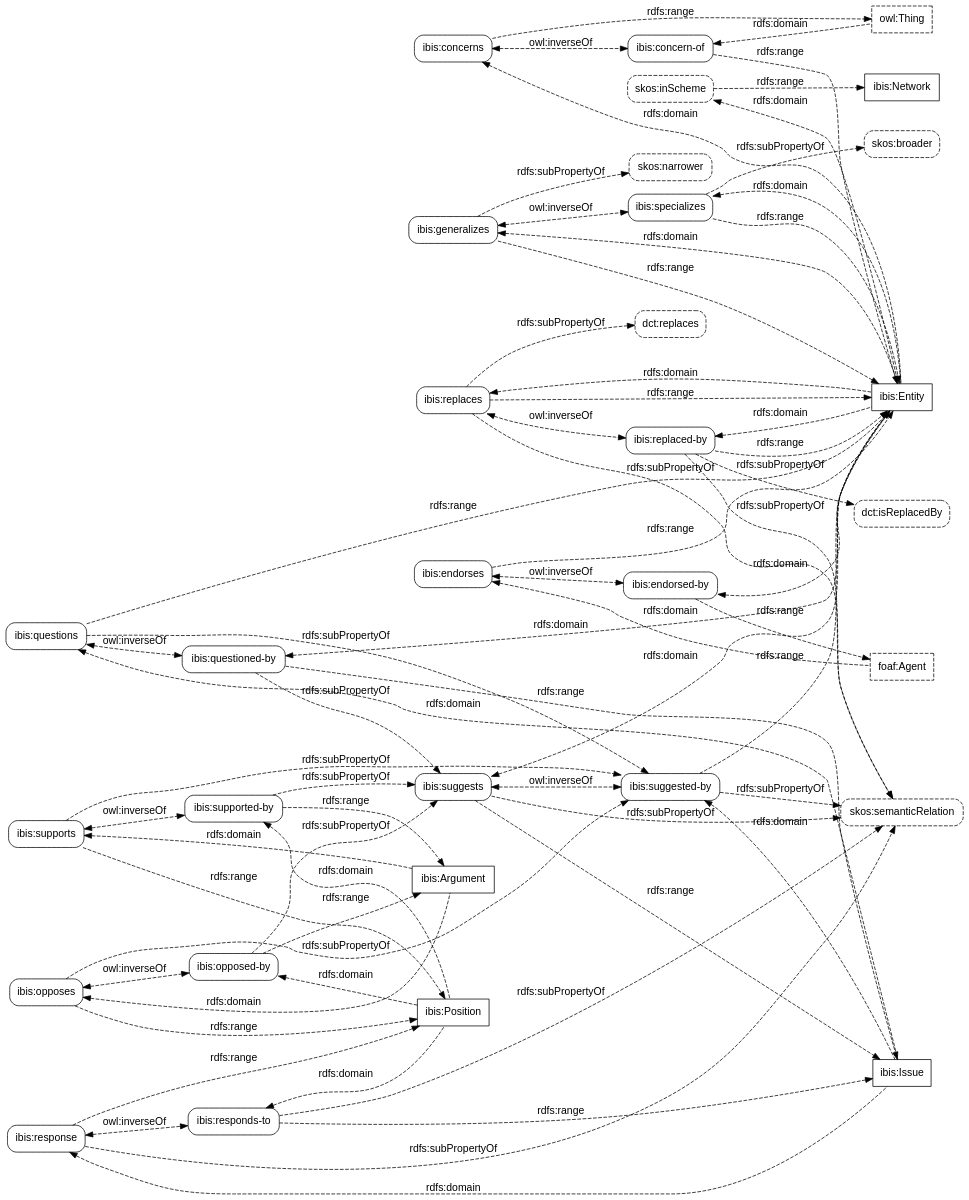
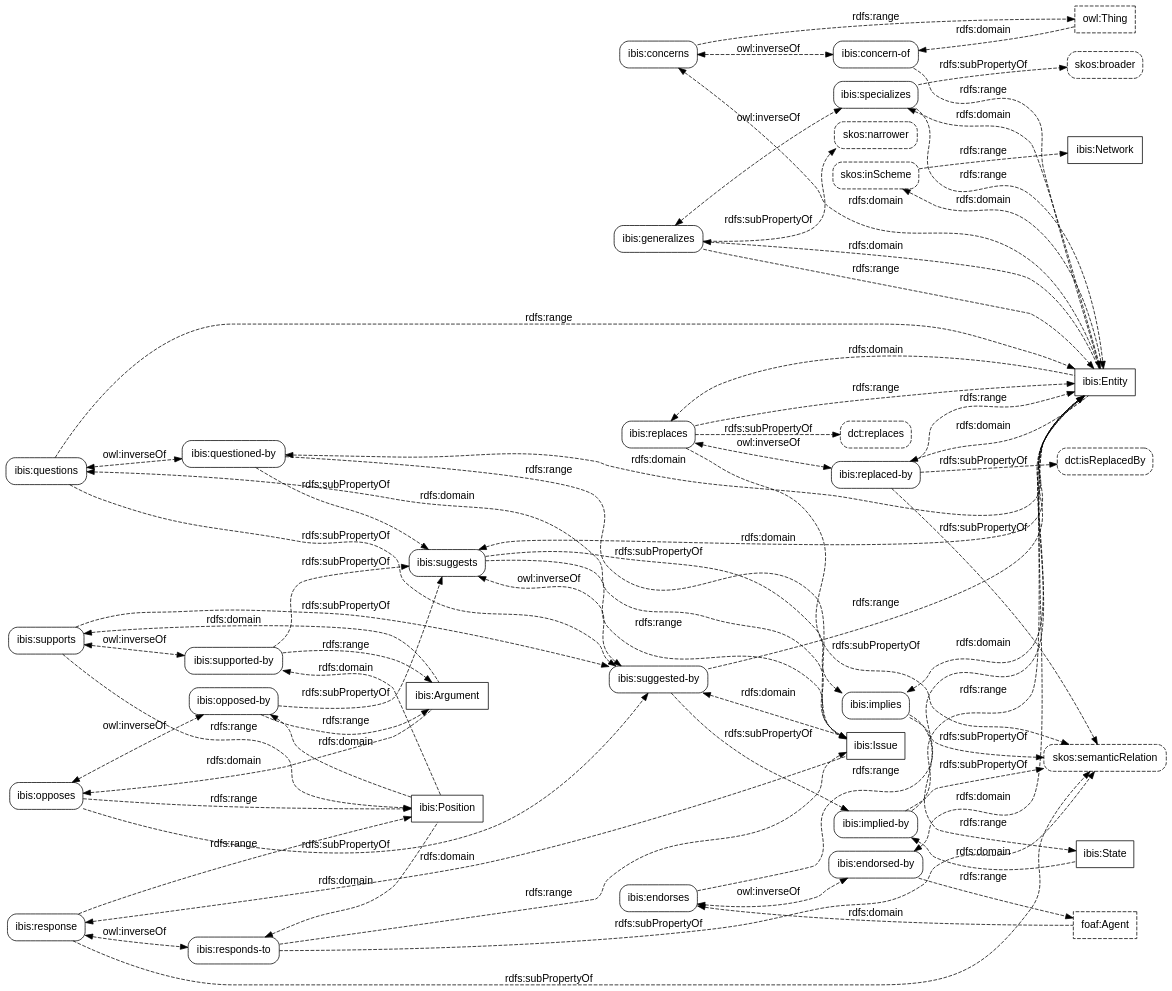
Before and after one commit to doriantaylor/owl-ibis: the diagram in ibis-properties.dot, drawn with Graphviz. The commit also changed 3 other files, not shown here.

```diff
--- a/ibis-properties.dot
+++ b/ibis-properties.dot
@@ -1,160 +1,167 @@
 digraph {
     graph [bgcolor=transparent,rankdir=LR];
     node [shape=box,style=rounded,color="#000000",fontcolor="#000000",fontname="Lucida Grande, Lucida Sans Unicode, sans-serif",target="_parent"];
     edge [concentrate=true,color="#000000",fontcolor="#000000",fontname="Lucida Grande, Lucida Sans Unicode, sans-serif"];
 
     // third-party classes
 
     subgraph {
         node [shape=box, style=dashed];
         owl_Thing [label="owl:Thing", href="https://www.w3.org/TR/owl2-syntax/#a_Thing"];
         foaf_Agent [label="foaf:Agent", href="https://xmlns.com/foaf/spec/#term_Agent"];
         // skos_Concept [label="skos:Concept", href=""];
         // skos_ConceptScheme [label="skos:ConceptScheme", href="https://www.w3.org/2009/08/skos-reference/skos.html#ConceptScheme"];
     }
 
     // our classes
 
     subgraph {
         node [shape=box, style=""];
         ibis_Network  [label="ibis:Network",  href="https://vocab.methodandstructure.com/ibis#Network"];
         ibis_Entity   [label="ibis:Entity",   href="https://vocab.methodandstructure.com/ibis#Entity"];
+        ibis_State    [label="ibis:State",    href="https://vocab.methodandstructure.com/ibis#State"];
         ibis_Issue    [label="ibis:Issue",    href="https://vocab.methodandstructure.com/ibis#Issue"];
         ibis_Position [label="ibis:Position", href="https://vocab.methodandstructure.com/ibis#Position"];
         ibis_Argument [label="ibis:Argument", href="https://vocab.methodandstructure.com/ibis#Argument"];
     }
 
     // our datatypes
     subgraph {
         node [shape=note];
     }
 
     // third-party properties
 
     subgraph {
         node [style="dashed,rounded"];
         // dct_requires     [label="dct:requires", href="https://www.dublincore.org/specifications/dublin-core/dcmi-terms/#http://purl.org/dc/terms/requires"];
         dct_replaces     [label="dct:replaces", href="https://www.dublincore.org/specifications/dublin-core/dcmi-terms/#http://purl.org/dc/terms/replaces"];
         dct_isReplacedBy [label="dct:isReplacedBy", href="https://www.dublincore.org/specifications/dublin-core/dcmi-terms/#http://purl.org/dc/terms/isReplacedBy"];
         skos_broader     [label="skos:broader", href="https://www.w3.org/2009/08/skos-reference/skos.html#broader"];
         skos_narrower    [label="skos:narrower", href="https://www.w3.org/2009/08/skos-reference/skos.html#narrower"];
         skos_semanticRelation [label="skos:semanticRelation", href="https://www.w3.org/2009/08/skos-reference/skos.html#semanticRelation"];
         skos_inScheme [label="skos:inScheme", href="https://www.w3.org/2009/08/skos-reference/skos.html#inScheme"];
     }
 
     // our properties
 
     ibis_generalizes [label="ibis:generalizes", href="https://vocab.methodandstructure.com/ibis#generalizes"];
     ibis_specializes [label="ibis:specializes", href="https://vocab.methodandstructure.com/ibis#specializes"];
     ibis_replaces [label="ibis:replaces", href="https://vocab.methodandstructure.com/ibis#replaces"];
     ibis_replaced_by [label="ibis:replaced-by", href="https://vocab.methodandstructure.com/ibis#replaced-by"];
+    ibis_implies [label="ibis:implies", href="https://vocab.methodandstructure.com/ibis#implies"];
+    ibis_implied_by [label="ibis:implied-by", href="https://vocab.methodandstructure.com/ibis#implied-by"];
     ibis_suggests [label="ibis:suggests", href="https://vocab.methodandstructure.com/ibis#suggests"];
     ibis_suggested_by [label="ibis:suggested-by", href="https://vocab.methodandstructure.com/ibis#suggested-by"];
     ibis_questions [label="ibis:questions", href="https://vocab.methodandstructure.com/ibis#questions"];
     ibis_questioned_by [label="ibis:questioned-by", href="https://vocab.methodandstructure.com/ibis#questioned-by"];
     ibis_response [label="ibis:response", href="https://vocab.methodandstructure.com/ibis#response"];
     ibis_responds_to [label="ibis:responds-to", href="https://vocab.methodandstructure.com/ibis#responds-to"];
     ibis_supports [label="ibis:supports", href="https://vocab.methodandstructure.com/ibis#supports"];
     ibis_supported_by [label="ibis:supported-by", href="https://vocab.methodandstructure.com/ibis#supported-by"];
     ibis_opposes [label="ibis:opposes", href="https://vocab.methodandstructure.com/ibis#opposes"];
     ibis_opposed_by [label="ibis:opposed-by", href="https://vocab.methodandstructure.com/ibis#opposed-by"];
     ibis_endorses [label="ibis:endorses", href="https://vocab.methodandstructure.com/ibis#endorses"];
     ibis_endorsed_by [label="ibis:endorsed-by", href="https://vocab.methodandstructure.com/ibis#endorsed-by"];
     ibis_concerns [label="ibis:concerns", href="https://vocab.methodandstructure.com/ibis#concerns"];
     ibis_concern_of [label="ibis:concern-of", href="https://vocab.methodandstructure.com/ibis#concern-of"];
     // ibis_concepts [label="ibis:concepts", href="https://vocab.methodandstructure.com/ibis#concepts"];
     // ibis_main_concepts [label="ibis:main-concepts", href="https://vocab.methodandstructure.com/ibis#main-concepts"];
 
     subgraph {
         edge [style=dashed, label="rdfs:subPropertyOf"];
         // ibis_main_concepts -> ibis_concepts -> dct_requires;
         ibis_generalizes   -> skos_narrower;
         ibis_specializes   -> skos_broader;
         ibis_replaces      -> dct_replaces;
         ibis_replaced_by   -> dct_isReplacedBy;
-        ibis_questions     -> ibis_suggested_by -> skos_semanticRelation;
-        ibis_questioned_by -> ibis_suggests     -> skos_semanticRelation;
+        ibis_questions     -> ibis_suggested_by -> ibis_implied_by -> skos_semanticRelation;
+        ibis_questioned_by -> ibis_suggests     -> ibis_implies    -> skos_semanticRelation;
         ibis_replaces      -> skos_semanticRelation;
         ibis_replaced_by   -> skos_semanticRelation;
         ibis_response      -> skos_semanticRelation;
         ibis_responds_to   -> skos_semanticRelation;
         // ibis_supports      -> skos_semanticRelation;
         // ibis_supported_by  -> skos_semanticRelation;
         // ibis_opposes       -> skos_semanticRelation;
         // ibis_opposed_by    -> skos_semanticRelation;
         ibis_supports      -> ibis_suggested_by;
         ibis_supported_by  -> ibis_suggests;
         ibis_opposes       -> ibis_suggested_by;
         ibis_opposed_by    -> ibis_suggests;
     }
 
     /*
     subgraph {
         edge [style=dashed, label="owl:equivalentProperty"];
         ibis_generalizes -> skos_narrower;
         ibis_specializes -> skos_broader;
     }*/
 
     subgraph {
         edge [style=dashed, dir=both, label="owl:inverseOf"];
         ibis_generalizes -> ibis_specializes;
         ibis_replaces    -> ibis_replaced_by;
         ibis_suggests    -> ibis_suggested_by;
         ibis_questions   -> ibis_questioned_by;
         ibis_response    -> ibis_responds_to;
         ibis_supports    -> ibis_supported_by;
         ibis_opposes     -> ibis_opposed_by;
         ibis_concerns    -> ibis_concern_of;
         ibis_endorses    -> ibis_endorsed_by;
     }
 
     subgraph {
         edge [style=dashed, dir=back, label="rdfs:domain"];
         ibis_replaces      -> ibis_Entity;
         ibis_replaced_by   -> ibis_Entity;
         ibis_endorses      -> foaf_Agent;
         ibis_endorsed_by   -> ibis_Entity;
         // ibis_concepts      -> ibis_Network;
         // ibis_main_concepts -> ibis_Network;
         ibis_concerns      -> ibis_Entity;
         ibis_concern_of    -> owl_Thing;
         ibis_generalizes   -> ibis_Entity;
         ibis_specializes   -> ibis_Entity;
+        ibis_implies       -> ibis_Entity;
+        ibis_implied_by    -> ibis_State;
         ibis_suggests      -> ibis_Entity;
         ibis_suggested_by  -> ibis_Issue;
         ibis_questions     -> ibis_Issue;
         ibis_questioned_by -> ibis_Entity;
         ibis_response      -> ibis_Issue;
         ibis_responds_to   -> ibis_Position;
         ibis_supports      -> ibis_Argument;
         ibis_supported_by  -> ibis_Position;
         ibis_opposes       -> ibis_Argument;
         ibis_opposed_by    -> ibis_Position;
         skos_inScheme      -> ibis_Entity;
     }
 
     subgraph {
         edge [style=dashed, label="rdfs:range"];
         ibis_replaces      -> ibis_Entity;
         ibis_replaced_by   -> ibis_Entity;
         ibis_endorses      -> ibis_Entity;
         ibis_endorsed_by   -> foaf_Agent;
         // ibis_concepts      -> skos_ConceptScheme;
         // ibis_main_concepts -> skos_ConceptScheme;
         ibis_concerns      -> owl_Thing;
         ibis_concern_of    -> ibis_Entity;
         ibis_generalizes   -> ibis_Entity;
         ibis_specializes   -> ibis_Entity;
+        ibis_implies       -> ibis_State;
+        ibis_implied_by    -> ibis_Entity;
         ibis_suggests      -> ibis_Issue;
         ibis_suggested_by  -> ibis_Entity;
         ibis_questions     -> ibis_Entity;
         ibis_questioned_by -> ibis_Issue;
         ibis_response      -> ibis_Position;
         ibis_responds_to   -> ibis_Issue;
         ibis_supports      -> ibis_Position;
         ibis_supported_by  -> ibis_Argument;
         ibis_opposes       -> ibis_Position;
         ibis_opposed_by    -> ibis_Argument;
         skos_inScheme      -> ibis_Network;
     }
 }
```
